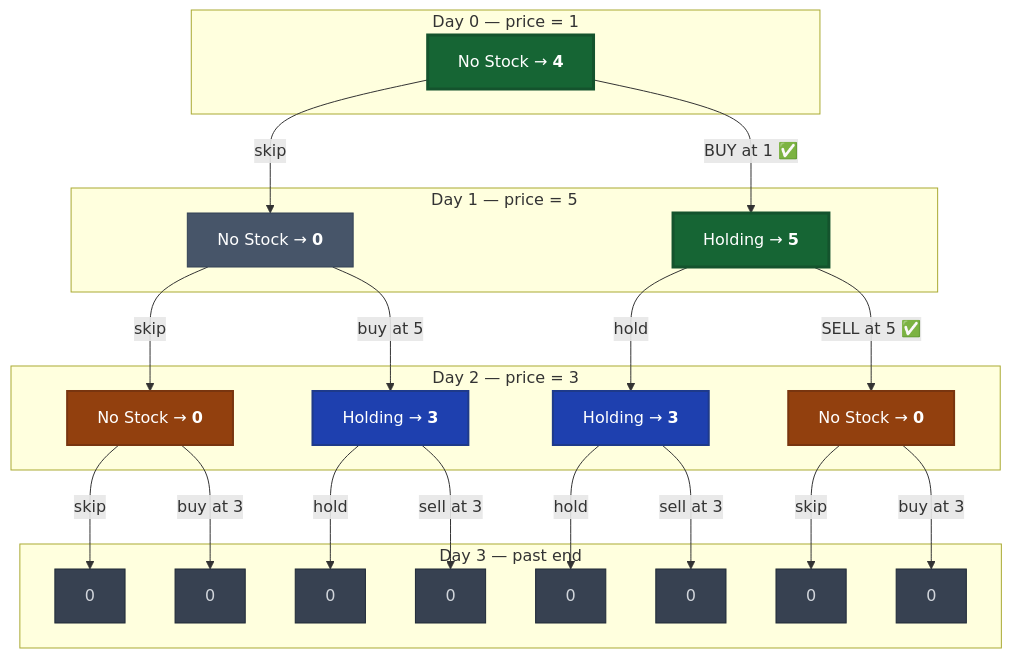
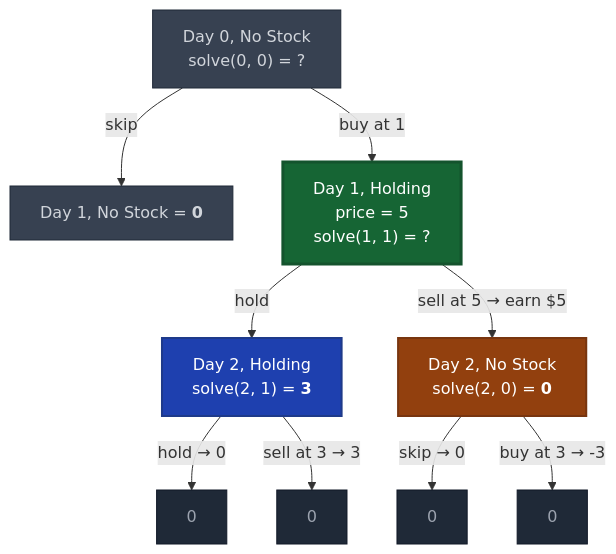
The fifth of 6 diagrams in leetcode/dp/best-time-to-buy-stock.md (ashishdotme/wiki.ashish.me), drawn with Mermaid before and after one commit. The commit also changed other lines of this file, not shown here.

Commit message:
feat: split recursion tree into 6 step-by-step diagrams

````diff
--- a/leetcode/dp/best-time-to-buy-stock.md
+++ b/leetcode/dp/best-time-to-buy-stock.md
@@ -19,56 +131,30 @@
 ```mermaid
 graph TD
-    classDef optimal fill:#166534,stroke:#14532d,stroke-width:3px,color:#fff
-    classDef normal fill:#475569,stroke:#334155,color:#fff
+    classDef done fill:#374151,stroke:#1f2937,color:#d1d5db
+    classDef active fill:#166534,stroke:#14532d,stroke-width:3px,color:#fff
     classDef overlap1 fill:#92400e,stroke:#78350f,stroke-width:2px,color:#fff
     classDef overlap2 fill:#1e40af,stroke:#1e3a8a,stroke-width:2px,color:#fff
-    classDef base fill:#374151,stroke:#1f2937,color:#d1d5db
+    classDef base fill:#1f2937,stroke:#111827,color:#9ca3af
 
-    subgraph day0 ["Day 0 — price = 1"]
-        R["No Stock → <b>4</b>"]:::optimal
-    end
+    R["Day 0, No Stock<br/>solve(0, 0) = ?"]:::done
+    A["Day 1, No Stock = <b>0</b>"]:::done
+    B["Day 1, Holding<br/>price = 5<br/>solve(1, 1) = ?"]:::active
 
-    subgraph day1 ["Day 1 — price = 5"]
-        A["No Stock → <b>0</b>"]:::normal
-        B["Holding → <b>5</b>"]:::optimal
-    end
+    E["Day 2, Holding<br/>solve(2, 1) = <b>3</b>"]:::overlap2
+    F["Day 2, No Stock<br/>solve(2, 0) = <b>0</b>"]:::overlap1
 
-    subgraph day2 ["Day 2 — price = 3"]
-        C["No Stock → <b>0</b>"]:::overlap1
-        D["Holding → <b>3</b>"]:::overlap2
-        E["Holding → <b>3</b>"]:::overlap2
-        F["No Stock → <b>0</b>"]:::overlap1
-    end
-
-    subgraph day3 ["Day 3 — past end"]
-        G["0"]:::base
-        H["0"]:::base
-        I["0"]:::base
-        J["0"]:::base
-        K["0"]:::base
-        L["0"]:::base
-        M["0"]:::base
-        N["0"]:::base
-    end
+    K["0"]:::base
+    L["0"]:::base
+    M["0"]:::base
+    N["0"]:::base
 
     R -- "skip" --> A
-    R -- "BUY at 1 ✅" --> B
+    R -- "buy at 1" --> B
+    B -- "hold" --> E
+    B -- "sell at 5 → earn $5" --> F
 
-    A -- "skip" --> C
-    A -- "buy at 5" --> D
-
-    B -- "hold" --> E
-    B -- "SELL at 5 ✅" --> F
-
-    C -- "skip" --> G
-    C -- "buy at 3" --> H
-
-    D -- "hold" --> I
-    D -- "sell at 3" --> J
-
-    E -- "hold" --> K
-    E -- "sell at 3" --> L
-
-    F -- "skip" --> M
-    F -- "buy at 3" --> N
+    E -- "hold → 0" --> K
+    E -- "sell at 3 → 3" --> L
+    F -- "skip → 0" --> M
+    F -- "buy at 3 → -3" --> N
 ```
````
